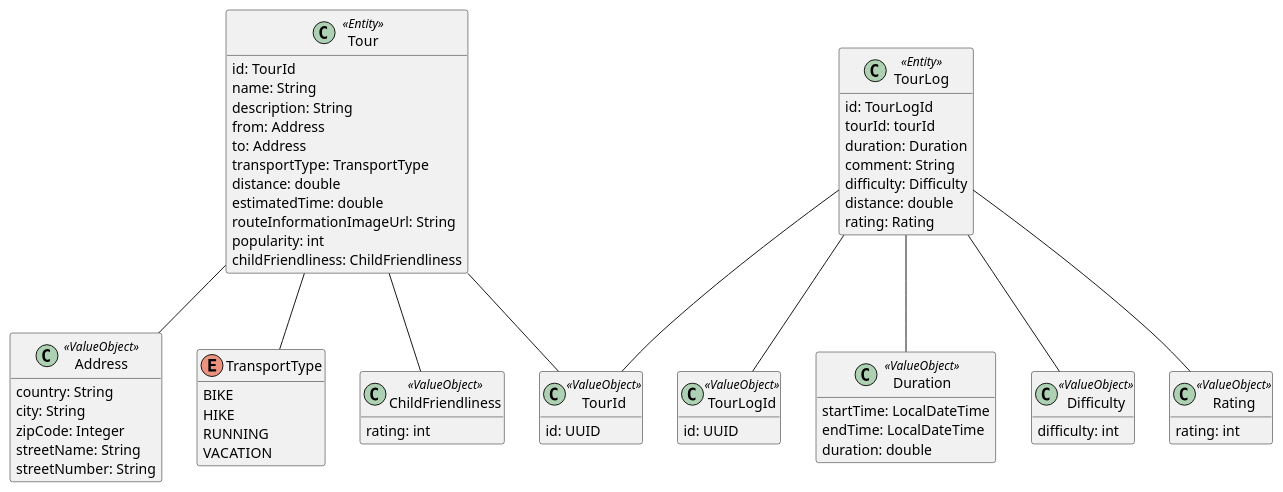
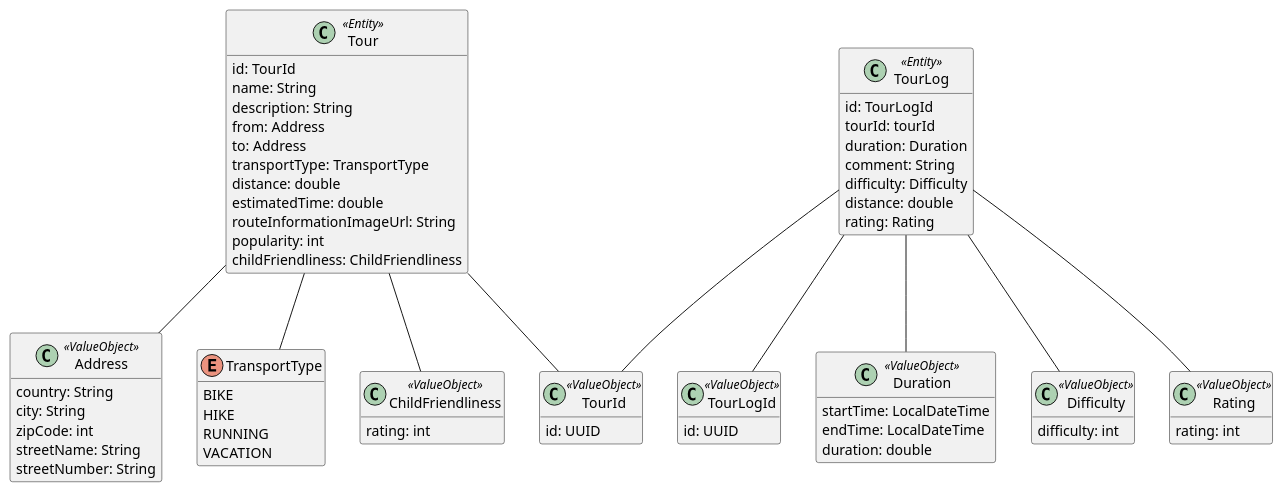
The diagram in src/docs/DomainModel.puml (ThomasBoigner/BIF4-SWEN-Tour-Planner-Server), drawn with PlantUML before and after one commit. The commit also changed 13 other files, not shown here.

```diff
--- a/src/docs/DomainModel.puml
+++ b/src/docs/DomainModel.puml
@@ -1,81 +1,81 @@
 @startuml
 hide methods
 
 class Tour <<Entity>> {
     id: TourId
     name: String
     description: String
     from: Address
     to: Address
     transportType: TransportType
     distance: double
     estimatedTime: double
     routeInformationImageUrl: String
     popularity: int
     childFriendliness: ChildFriendliness
 }
 
 class TourId <<ValueObject>> {
     id: UUID
 }
 
 class Address <<ValueObject>> {
     country: String
     city: String
-    zipCode: Integer
+    zipCode: int
     streetName: String
     streetNumber: String
 }
 
 enum TransportType {
     BIKE
     HIKE
     RUNNING
     VACATION
 }
 
 class ChildFriendliness <<ValueObject>> {
     rating: int
 }
 
 class TourLog <<Entity>> {
     id: TourLogId
     tourId: tourId
     duration: Duration
     comment: String
     difficulty: Difficulty
     distance: double
     rating: Rating
 }
 
 class TourLogId <<ValueObject>> {
     id: UUID
 }
 
 class Duration <<ValueObject>> {
     startTime: LocalDateTime
     endTime: LocalDateTime
     duration: double
 }
 
 class Difficulty <<ValueObject>> {
     difficulty: int
 }
 
 class Rating <<ValueObject>> {
     rating: int
 }
 
 Tour -- TourId
 Tour -- Address
 Tour -- TransportType
 Tour -- ChildFriendliness
 
 TourLog -- TourLogId
 TourLog -- TourId
 TourLog -- Duration
 TourLog -- Difficulty
 TourLog -- Rating
 
 
 @enduml
```
